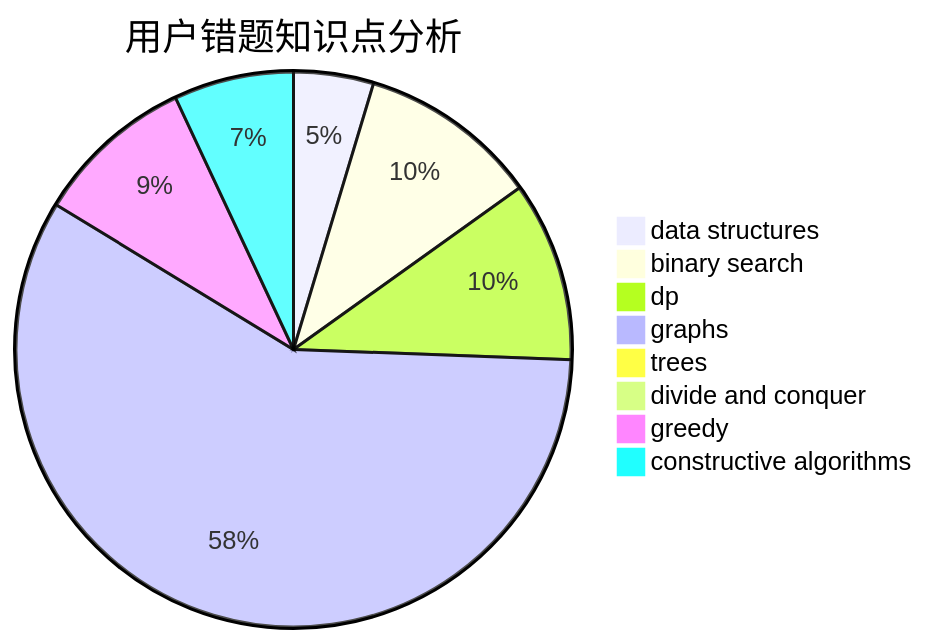
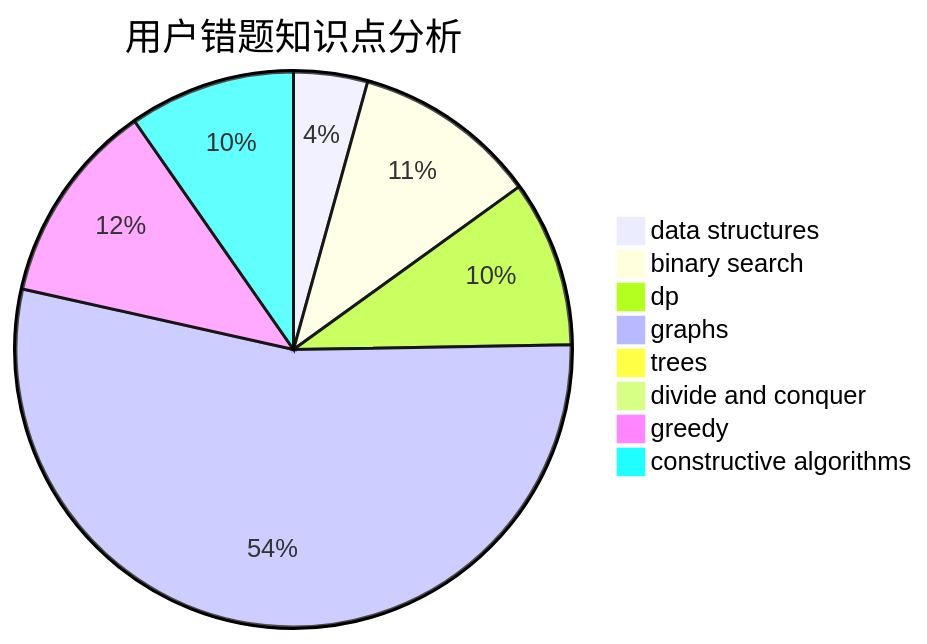
One commit to sherpahu/cfrs.github.io changed the third of 3 diagrams in docs/user/u1378.md. Above: the diagram before and after it, drawn with Mermaid. The commit also changed other lines of this file and 2770 other files, not shown here.

````diff
--- a/docs/user/u1378.md
+++ b/docs/user/u1378.md
@@ -36,11 +36,11 @@
 ```mermaid
 pie title 用户错题知识点分析
     "data structures" :  4
-    "binary search" :  9
+    "binary search" :  10
     "dp" :  9
     "graphs" :  50
     "trees" :  0
     "divide and conquer" :  0
-    "greedy" :  8
-    "constructive algorithms" :  6
+    "greedy" :  11
+    "constructive algorithms" :  9
 ```
````
